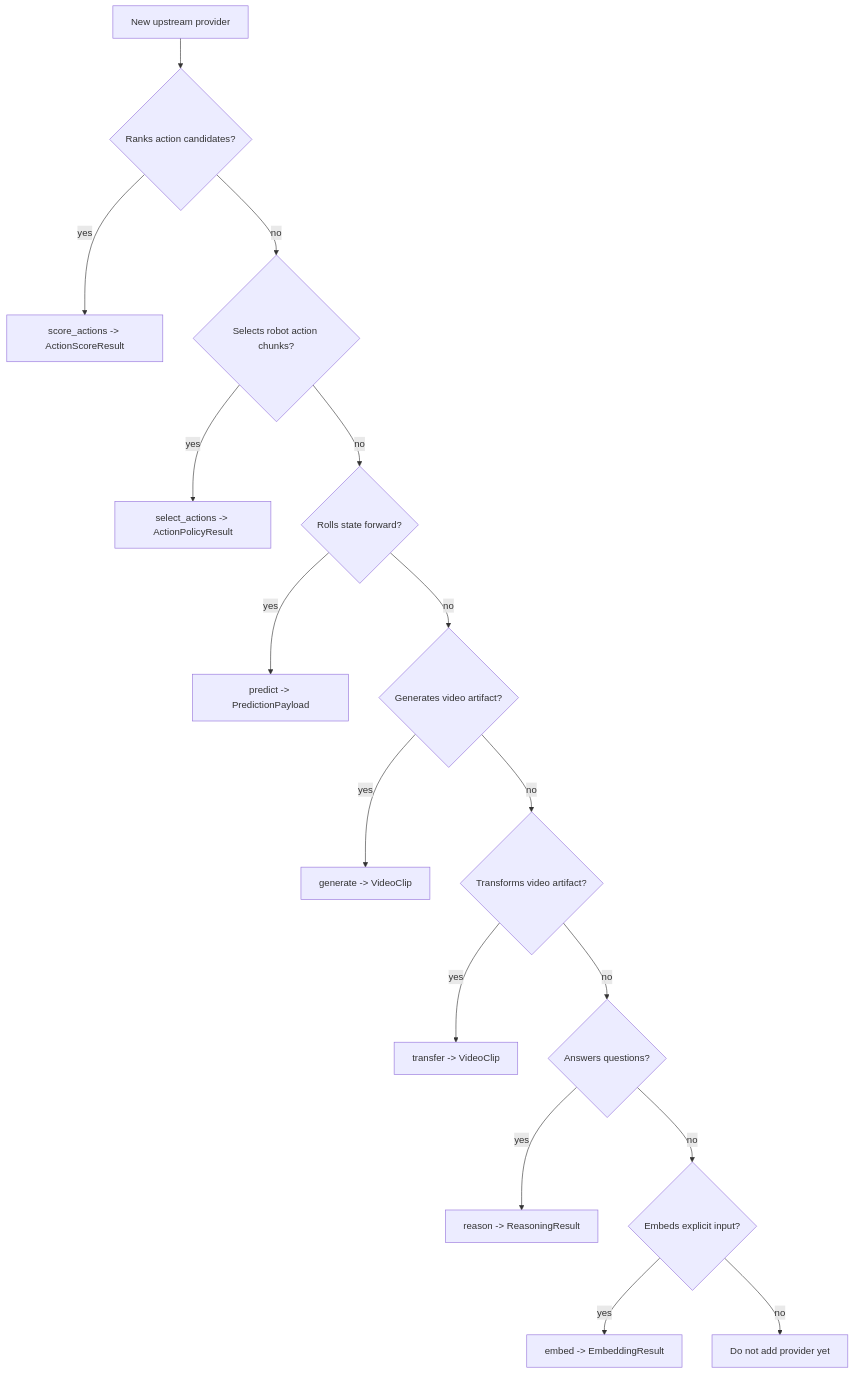
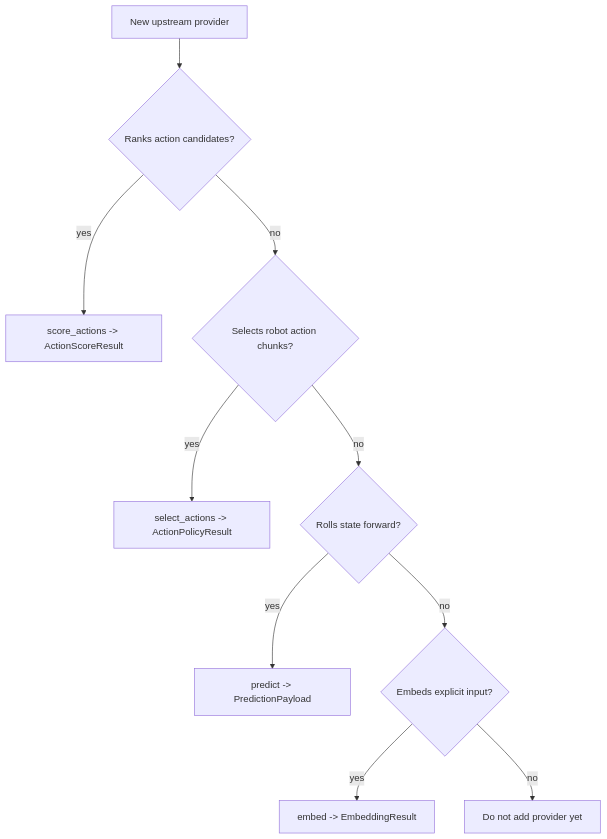
The diagram in docs/src/provider-authoring-guide.md (AbdelStark/worldforge), drawn with Mermaid before and after one commit. The commit also changed other lines of this file and 344 other files, not shown here.

````diff
--- a/docs/src/provider-authoring-guide.md
+++ b/docs/src/provider-authoring-guide.md
@@ -155,19 +146,13 @@
 ```mermaid
 flowchart TD
     Upstream[New upstream provider]
     Upstream --> Score{Ranks action candidates?}
     Score -- yes --> ScoreApi[score_actions -> ActionScoreResult]
     Score -- no --> Policy{Selects robot action chunks?}
     Policy -- yes --> PolicyApi[select_actions -> ActionPolicyResult]
     Policy -- no --> Predict{Rolls state forward?}
     Predict -- yes --> PredictApi[predict -> PredictionPayload]
-    Predict -- no --> Generate{Generates video artifact?}
-    Generate -- yes --> GenerateApi[generate -> VideoClip]
-    Generate -- no --> Transfer{Transforms video artifact?}
-    Transfer -- yes --> TransferApi[transfer -> VideoClip]
-    Transfer -- no --> Reason{Answers questions?}
-    Reason -- yes --> ReasonApi[reason -> ReasoningResult]
-    Reason -- no --> Embed{Embeds explicit input?}
+    Predict -- no --> Embed{Embeds explicit input?}
     Embed -- yes --> EmbedApi[embed -> EmbeddingResult]
     Embed -- no --> NoProvider[Do not add provider yet]
 ```
````
